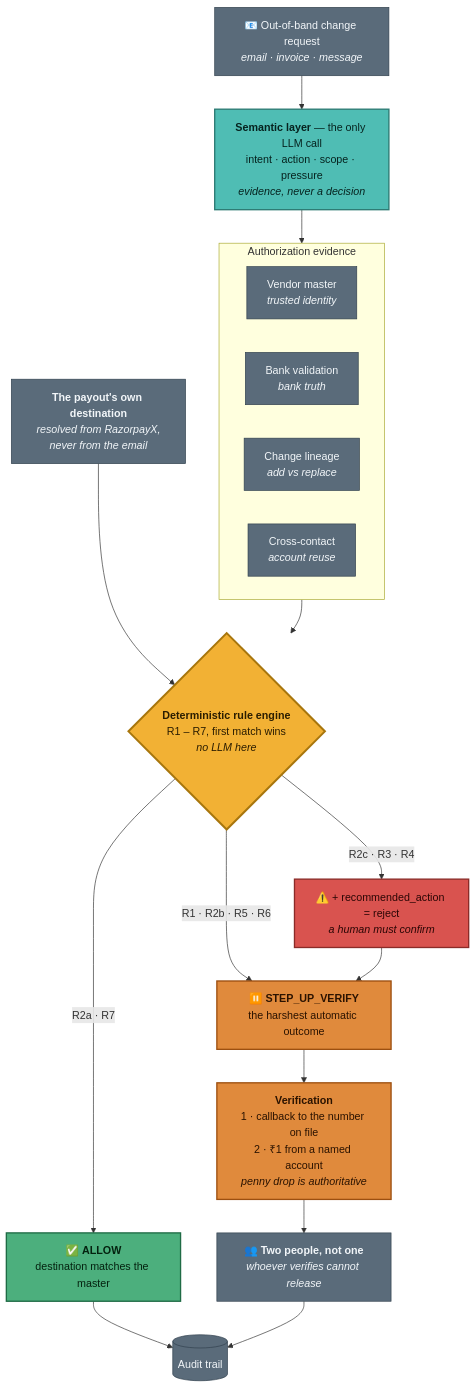
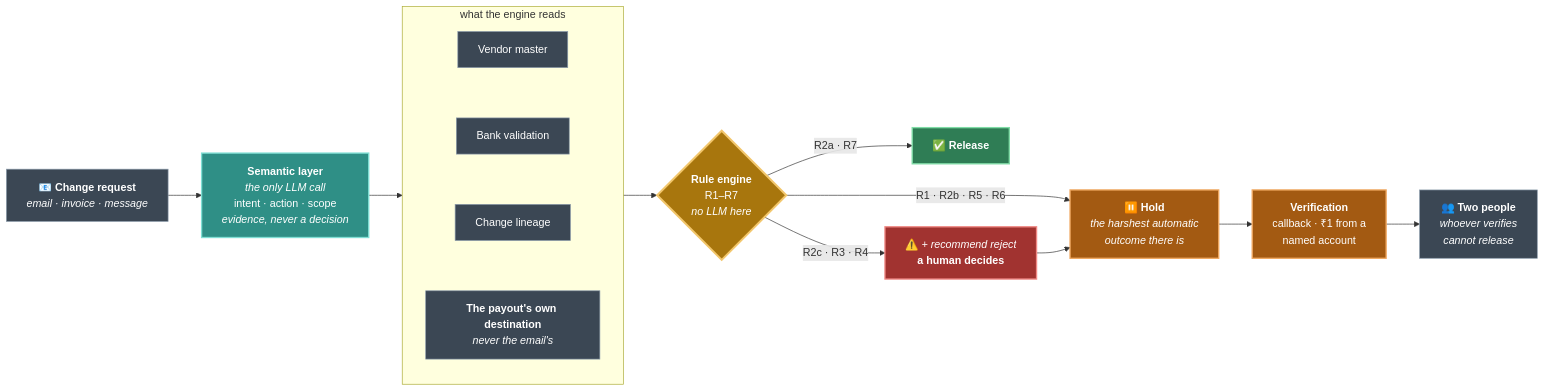
Before and after one commit to vidit-16/BaseDrift: the diagram in README.md, drawn with Mermaid.

First paragraph of the commit message:
Lay the architecture diagram out wide, and verify it actually renders
Two problems with the first Mermaid pass, both found by rendering it rather
than by reading it.

````diff
--- a/README.md
+++ b/README.md
@@ -121,56 +121,41 @@
 ```mermaid
-flowchart TD
-    REQ["📧 Out-of-band change request<br/><i>email · invoice · message</i>"]
+flowchart LR
+    REQ["📧 <b>Change request</b><br/><i>email · invoice · message</i>"]
+    LLM["<b>Semantic layer</b><br/><i>the only LLM call</i><br/>intent · action · scope<br/><i>evidence, never a decision</i>"]
 
-    LLM["<b>Semantic layer</b> — the only LLM call<br/>intent · action · scope · pressure<br/><i>evidence, never a decision</i>"]
-
-    subgraph EV [" Authorization evidence "]
-        direction LR
-        VM["Vendor master<br/><i>trusted identity</i>"]
-        FAV["Bank validation<br/><i>bank truth</i>"]
-        LIN["Change lineage<br/><i>add vs replace</i>"]
-        XC["Cross-contact<br/><i>account reuse</i>"]
+    subgraph EV ["what the engine reads"]
+        direction TB
+        VM["Vendor master"]
+        FAV["Bank validation"]
+        LIN["Change lineage"]
+        DEST["<b>The payout's own destination</b><br/><i>never the email's</i>"]
+        VM ~~~ FAV ~~~ LIN ~~~ DEST
     end
 
-    DEST["<b>The payout's own destination</b><br/><i>resolved from RazorpayX,<br/>never from the email</i>"]
+    ENGINE{"<b>Rule engine</b><br/>R1–R7<br/><i>no LLM here</i>"}
+    ALLOW["✅ <b>Release</b>"]
+    HOLD["⏸️ <b>Hold</b><br/><i>the harshest automatic<br/>outcome there is</i>"]
+    REC["⚠️ <i>+ recommend reject</i><br/><b>a human decides</b>"]
+    VERIFY["<b>Verification</b><br/>callback · ₹1 from a<br/>named account"]
+    HUMAN["👥 <b>Two people</b><br/><i>whoever verifies<br/>cannot release</i>"]
 
-    ENGINE{"<b>Deterministic rule engine</b><br/>R1 – R7, first match wins<br/><i>no LLM here</i>"}
-
-    ALLOW["✅ <b>ALLOW</b><br/>destination matches the master"]
-    HOLD["⏸️ <b>STEP_UP_VERIFY</b><br/>the harshest automatic outcome"]
-
-    REC["⚠️ + recommended_action = reject<br/><i>a human must confirm</i>"]
-
-    VERIFY["<b>Verification</b><br/>1 · callback to the number on file<br/>2 · ₹1 from a named account<br/><i>penny drop is authoritative</i>"]
-
-    HUMAN["👥 <b>Two people, not one</b><br/><i>whoever verifies cannot release</i>"]
-
-    AUDIT[("Audit trail")]
-
-    REQ --> LLM
-    LLM --> EV
-    DEST --> ENGINE
-    EV --> ENGINE
+    REQ --> LLM --> EV --> ENGINE
     ENGINE -->|"R2a · R7"| ALLOW
     ENGINE -->|"R1 · R2b · R5 · R6"| HOLD
     ENGINE -->|"R2c · R3 · R4"| REC
-    REC --> HOLD
-    HOLD --> VERIFY
-    VERIFY --> HUMAN
-    ALLOW --> AUDIT
-    HUMAN --> AUDIT
+    REC --> HOLD --> VERIFY --> HUMAN
 
-    classDef model fill:#4fbdb4,stroke:#2c7a73,stroke-width:2px,color:#06231f
-    classDef engine fill:#f2b134,stroke:#a8760d,stroke-width:3px,color:#2b1d00
-    classDef good fill:#4caf7d,stroke:#1f6b45,stroke-width:2px,color:#04220f
-    classDef hold fill:#e08a3c,stroke:#9c4f10,stroke-width:2px,color:#2b1300
-    classDef danger fill:#d9534f,stroke:#8b2b28,stroke-width:2px,color:#2b0605
-    classDef plain fill:#5a6b7a,stroke:#31404d,stroke-width:1px,color:#f2f6f9
+    classDef model fill:#2f8f86,stroke:#7fded4,stroke-width:2px,color:#ffffff
+    classDef engine fill:#a8760d,stroke:#f2c66b,stroke-width:3px,color:#ffffff
+    classDef good fill:#2f7d55,stroke:#7fdca6,stroke-width:2px,color:#ffffff
+    classDef hold fill:#a35a12,stroke:#f0a860,stroke-width:2px,color:#ffffff
+    classDef danger fill:#a13330,stroke:#f08a86,stroke-width:2px,color:#ffffff
+    classDef plain fill:#3b4754,stroke:#8b9bab,stroke-width:1px,color:#ffffff
 
     class LLM model
     class ENGINE engine
     class ALLOW good
     class HOLD,VERIFY hold
     class REC danger
-    class REQ,DEST,VM,FAV,LIN,XC,HUMAN,AUDIT plain
+    class REQ,VM,FAV,LIN,DEST,HUMAN plain
 ```
````
